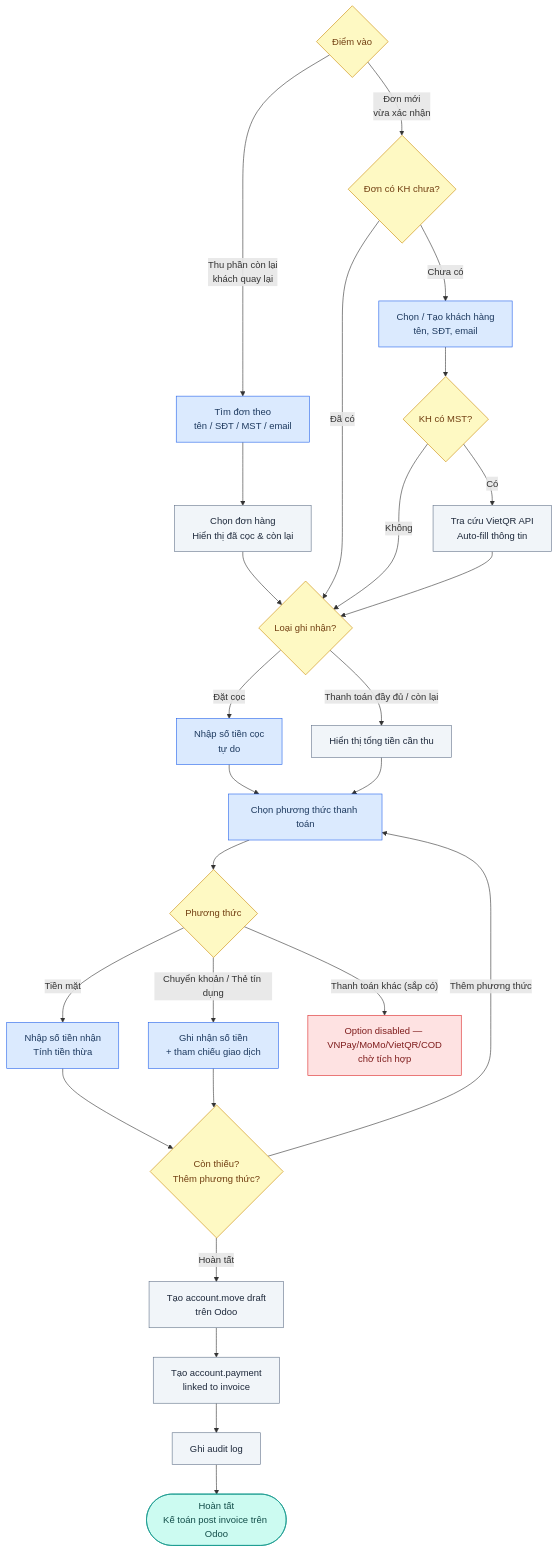
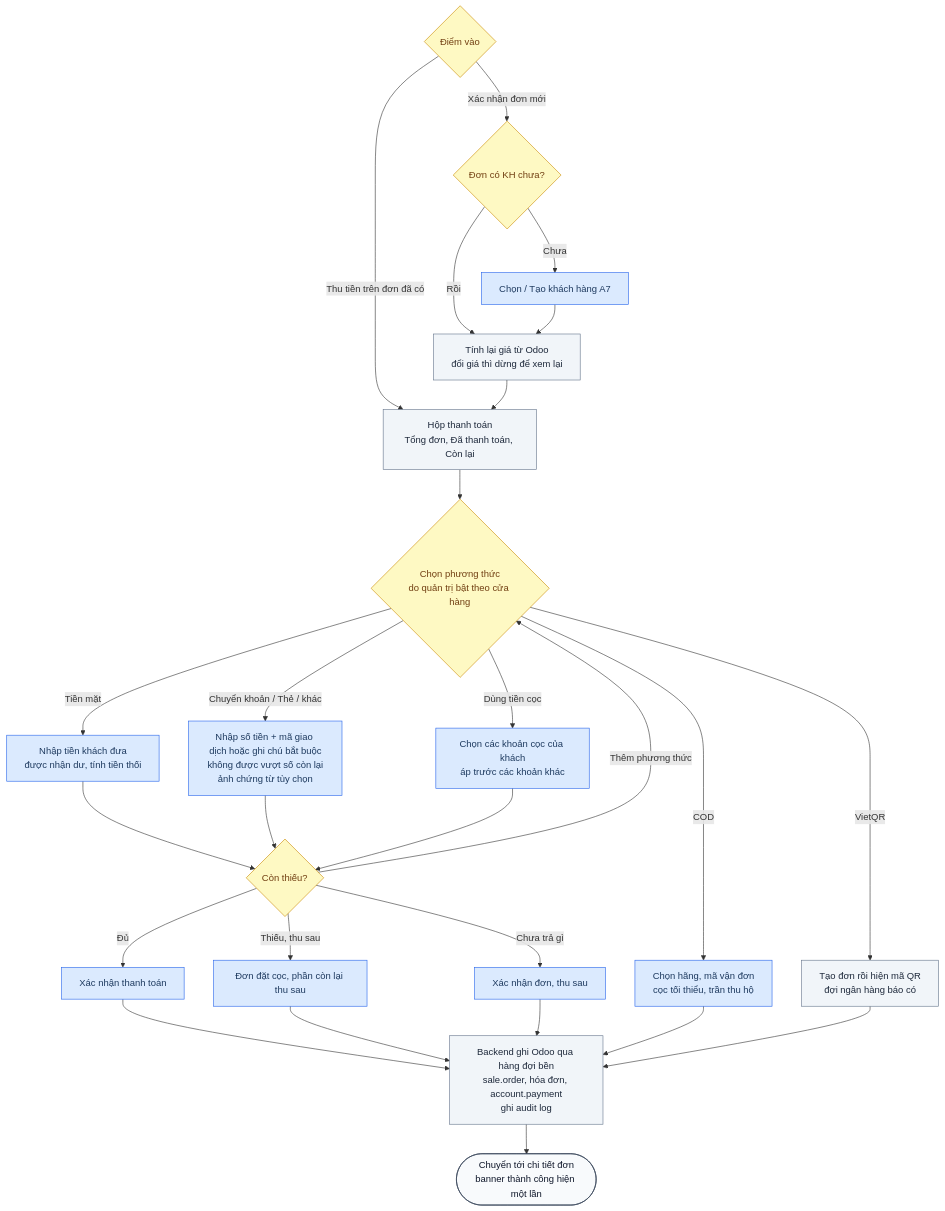
Before and after one commit to ngohuuduc/VJ_mobile_POS: the third of 20 diagrams in process_flow.md, drawn with Mermaid. The commit also changed other lines of this file and 1 other file, not shown here.

First line of the commit message:
docs: process_flow.md + scope.md khớp code hiện tại (đăng nhập Microsoft, VietQR/COD, Chờ giao & Nháp, khách ký, đổi hàng, Tiền đã chuyển)

````diff
--- a/process_flow.md
+++ b/process_flow.md
@@ -166,38 +230,37 @@
 ```mermaid
 flowchart TD
     classDef user fill:#DBEAFE,stroke:#2563EB,color:#1e3a5f
     classDef system fill:#F1F5F9,stroke:#64748B,color:#1e293b
     classDef accountant fill:#CCFBF1,stroke:#0D9488,color:#134E4A
     classDef decision fill:#FEF9C3,stroke:#CA8A04,color:#713f12
     classDef terminal fill:#F8FAFC,stroke:#334155,color:#0f172a
     classDef warning fill:#FEE2E2,stroke:#DC2626,color:#7f1d1d
 
-    START{Điểm vào}:::decision -- Đơn mới\nvừa xác nhận --> CK
-    START -- Thu phần còn lại\nkhách quay lại --> SEARCH[Tìm đơn theo\ntên / SĐT / MST / email]:::user
-    SEARCH --> FOUND[Chọn đơn hàng\nHiển thị đã cọc & còn lại]:::system
-    FOUND --> B
+    START{Điểm vào}:::decision -- Xác nhận đơn mới --> CK
+    START -- Thu tiền trên đơn đã có --> B
+    CK{Đơn có KH chưa?}:::decision
+    CK -- Chưa --> SELKH[Chọn / Tạo khách hàng A7]:::user
+    CK -- Rồi --> PRICE
+    SELKH --> PRICE[Tính lại giá từ Odoo\nđổi giá thì dừng để xem lại]:::system
+    PRICE --> B[Hộp thanh toán\nTổng đơn, Đã thanh toán, Còn lại]:::system
 
-    CK{Đơn có KH chưa?}:::decision
-    CK -- Chưa có --> SELKH[Chọn / Tạo khách hàng\ntên, SĐT, email]:::user
-    CK -- Đã có --> B
-    SELKH --> MST{KH có MST?}:::decision
-    MST -- Có --> LOOKUP[Tra cứu VietQR API\nAuto-fill thông tin]:::system
-    MST -- Không --> B
-    LOOKUP --> B
-
-    B{Loại ghi nhận?}:::decision -- Đặt cọc --> C[Nhập số tiền cọc\ntự do]:::user
-    B -- Thanh toán đầy đủ / còn lại --> D[Hiển thị tổng tiền cần thu]:::system
-    C --> E[Chọn phương thức thanh toán]:::user
-    D --> E
-    E --> F{Phương thức}:::decision
-    F -- Tiền mặt --> G[Nhập số tiền nhận\nTính tiền thừa]:::user
-    F -- Chuyển khoản / Thẻ tín dụng --> H[Ghi nhận số tiền\n+ tham chiếu giao dịch]:::user
-    F -- Thanh toán khác (sắp có) --> DISABLED[Option disabled — VNPay/MoMo/VietQR/COD\nchờ tích hợp]:::warning
-    G --> K{Còn thiếu?\nThêm phương thức?}:::decision
+    B --> E{Chọn phương thức\ndo quản trị bật theo cửa hàng}:::decision
+    E -- Tiền mặt --> G[Nhập tiền khách đưa\nđược nhận dư, tính tiền thối]:::user
+    E -- Chuyển khoản / Thẻ / khác --> H[Nhập số tiền + mã giao dịch hoặc ghi chú bắt buộc\nkhông được vượt số còn lại\nảnh chứng từ tùy chọn]:::user
+    E -- VietQR --> Q[Tạo đơn rồi hiện mã QR\nđợi ngân hàng báo có]:::system
+    E -- Dùng tiền cọc --> U[Chọn các khoản cọc của khách\náp trước các khoản khác]:::user
+    E -- COD --> COD[Chọn hãng, mã vận đơn\ncọc tối thiểu, trần thu hộ]:::user
+    G --> K{Còn thiếu?}:::decision
     H --> K
+    U --> K
     K -- Thêm phương thức --> E
-    K -- Hoàn tất --> L[Tạo account.move draft\ntrên Odoo]:::system
-    L --> M[Tạo account.payment\nlinked to invoice]:::system
-    M --> N[Ghi audit log]:::system
-    N --> O([Hoàn tất\nKế toán post invoice trên Odoo]):::accountant
+    K -- Đủ --> OK[Xác nhận thanh toán]:::user
+    K -- Thiếu, thu sau --> OK2[Đơn đặt cọc, phần còn lại thu sau]:::user
+    K -- Chưa trả gì --> OK3[Xác nhận đơn, thu sau]:::user
+    OK --> SYS
+    OK2 --> SYS
+    OK3 --> SYS
+    COD --> SYS
+    Q --> SYS
+    SYS[Backend ghi Odoo qua hàng đợi bền\nsale.order, hóa đơn, account.payment\nghi audit log]:::system --> DONE([Chuyển tới chi tiết đơn\nbanner thành công hiện một lần]):::terminal
 ```
````
